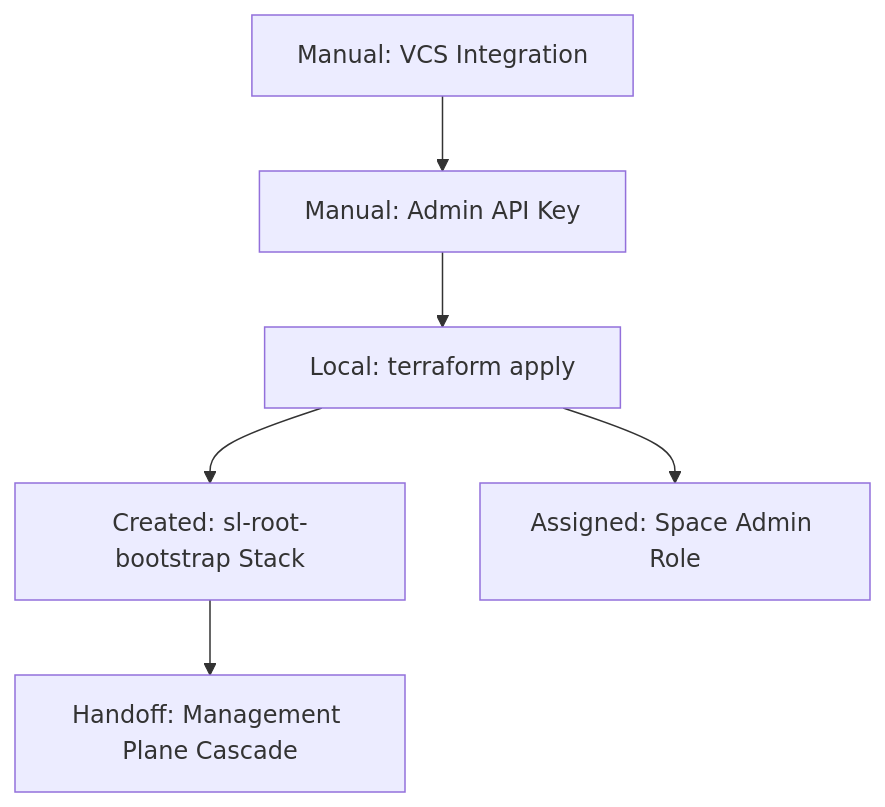
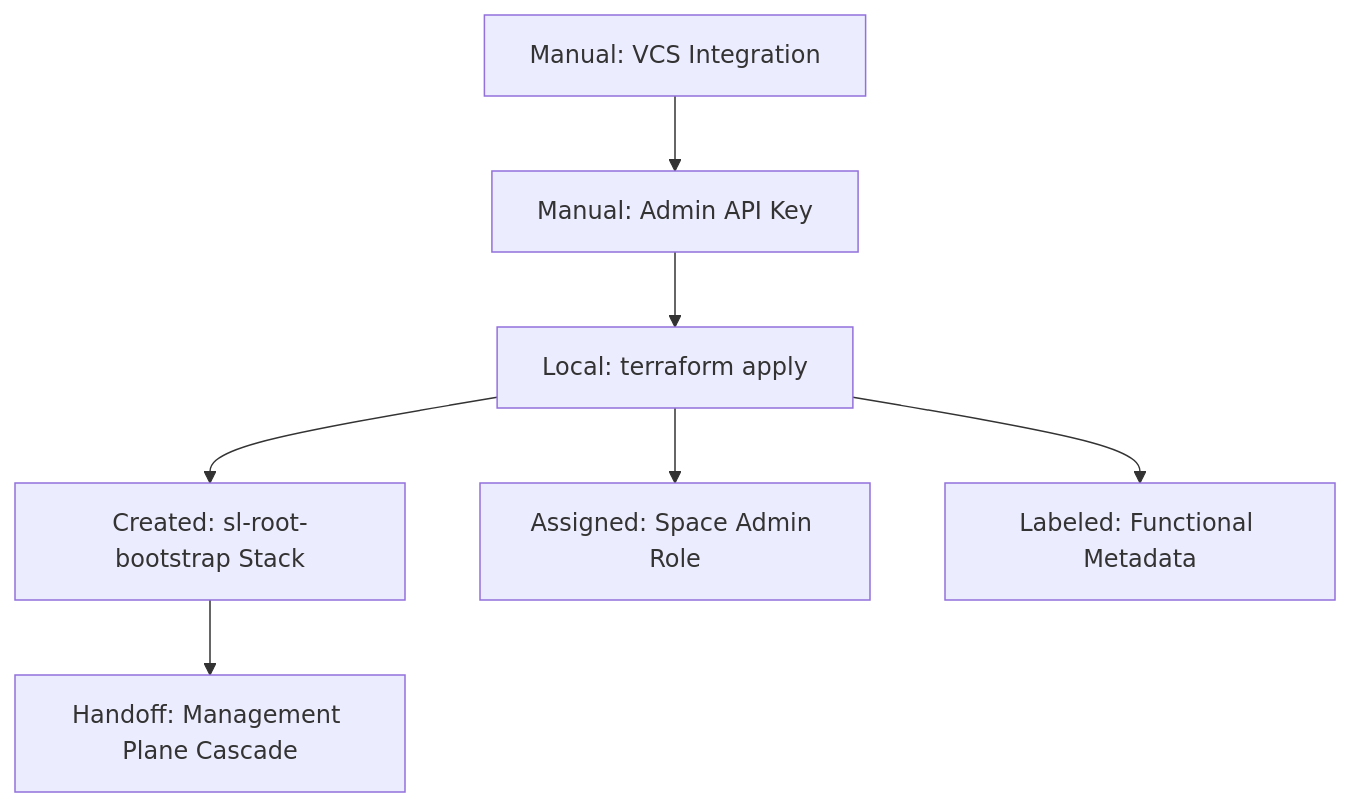
Before and after one commit to MNohava1987/sl-root-bootstrap: the diagram in scripts/bootstrap-seed/README.md, drawn with Mermaid. The commit also changed other lines of this file and 4 other files, not shown here.

Commit message:
Refactor: Consolidate management plane manifests into a single source of truth

````diff
--- a/scripts/bootstrap-seed/README.md
+++ b/scripts/bootstrap-seed/README.md
@@ -7,8 +7,9 @@
-:::mermaid
+```mermaid
 graph TD
     A[Manual: VCS Integration] --> B[Manual: Admin API Key]
     B --> C[Local: terraform apply]
     C --> D[Created: sl-root-bootstrap Stack]
     C --> E[Assigned: Space Admin Role]
-    D --> F[Handoff: Management Plane Cascade]
-:::
+    C --> F[Labeled: Functional Metadata]
+    D --> G[Handoff: Management Plane Cascade]
+```
````
